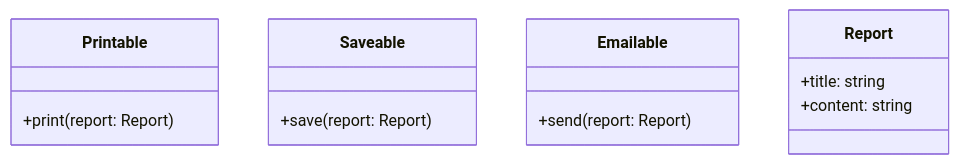
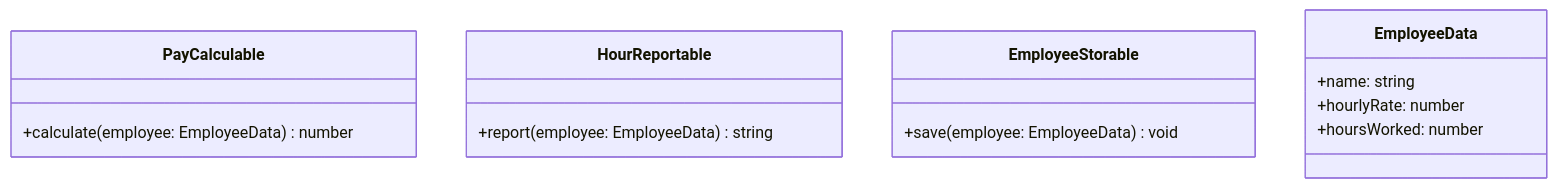
The eighth of 8 diagrams in docs/single-responsibility-principle.md (shuji-bonji/Notes-on-SOLID-Principle), drawn with Mermaid before and after one commit. The commit also changed other lines of this file and 1 other file, not shown here.

````diff
--- a/docs/single-responsibility-principle.md
+++ b/docs/single-responsibility-principle.md
@@ -399,19 +482,20 @@
 ```mermaid
 classDiagram
-  class Printable {
-    +print(report: Report)
+  class PayCalculable {
+    +calculate(employee: EmployeeData) number
   }
 
-  class Saveable {
-    +save(report: Report)
+  class HourReportable {
+    +report(employee: EmployeeData) string
   }
 
-  class Emailable {
-    +send(report: Report)
+  class EmployeeStorable {
+    +save(employee: EmployeeData) void
   }
 
-  class Report {
-    +title: string
-    +content: string
+  class EmployeeData {
+    +name: string
+    +hourlyRate: number
+    +hoursWorked: number
   }
 ```
````
